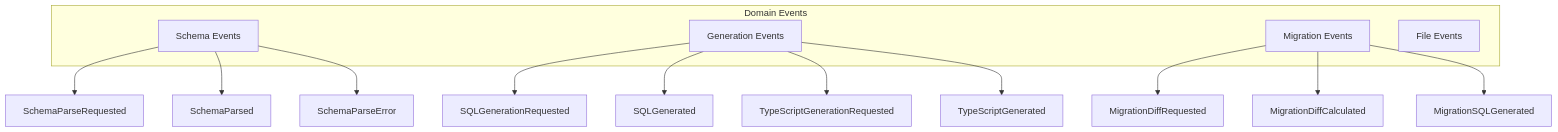
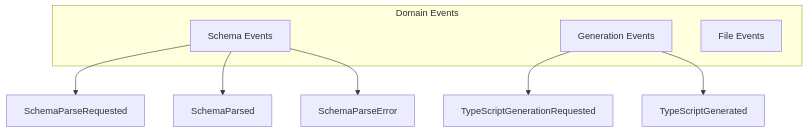
Before and after one commit to flyingrobots/wesley: the sixth of 8 diagrams in docs/architecture/overview.md, drawn with Mermaid. The commit also changed other lines of this file and 385 other files, not shown here.

````diff
--- a/docs/architecture/overview.md
+++ b/docs/architecture/overview.md
@@ -187,22 +187,15 @@
 ```mermaid
 graph TD
     subgraph "Domain Events"
         SchemaEvents[Schema Events]
         GenerationEvents[Generation Events]
-        MigrationEvents[Migration Events]
         FileEvents[File Events]
     end
     
     SchemaEvents --> SPR[SchemaParseRequested]
     SchemaEvents --> SP[SchemaParsed]
     SchemaEvents --> SPE[SchemaParseError]
     
-    GenerationEvents --> SGR[SQLGenerationRequested]
-    GenerationEvents --> SG[SQLGenerated]
     GenerationEvents --> TGR[TypeScriptGenerationRequested]
     GenerationEvents --> TG[TypeScriptGenerated]
-    
-    MigrationEvents --> MDR[MigrationDiffRequested]
-    MigrationEvents --> MDC[MigrationDiffCalculated]
-    MigrationEvents --> MSG[MigrationSQLGenerated]
 ```
````
